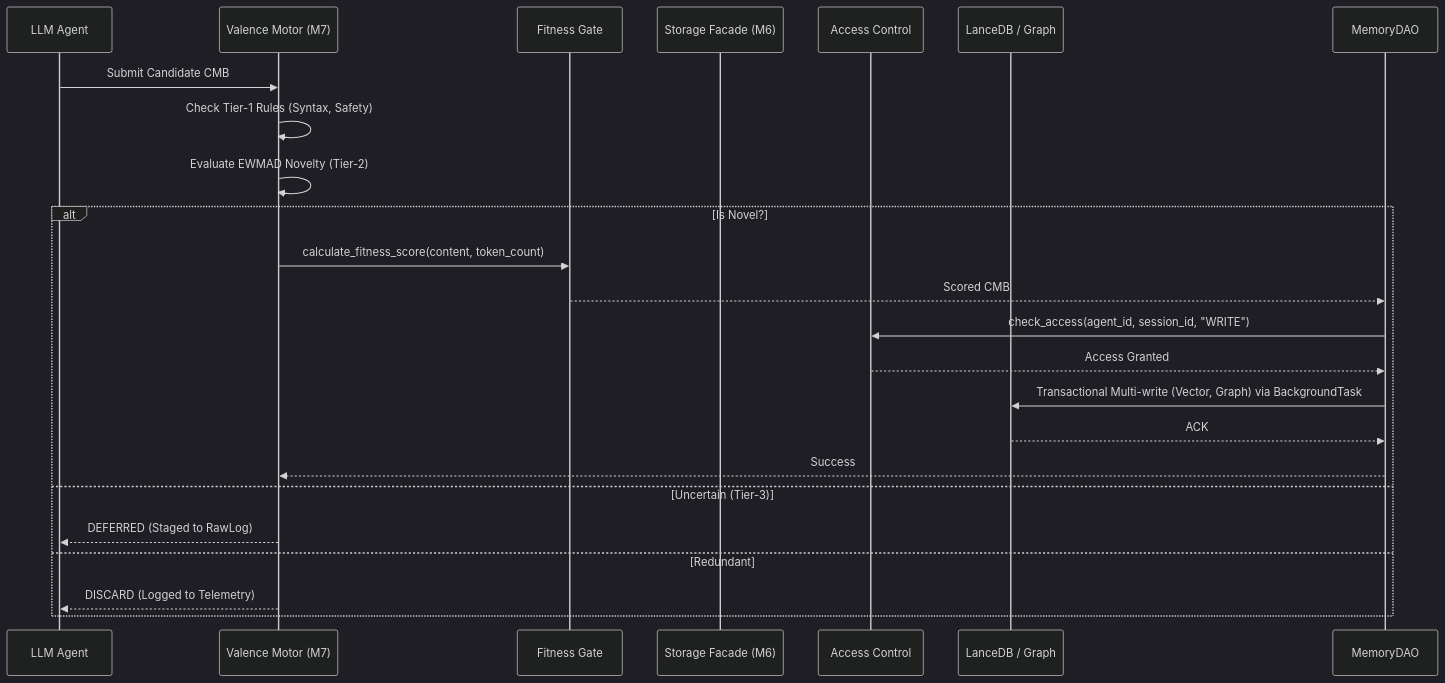
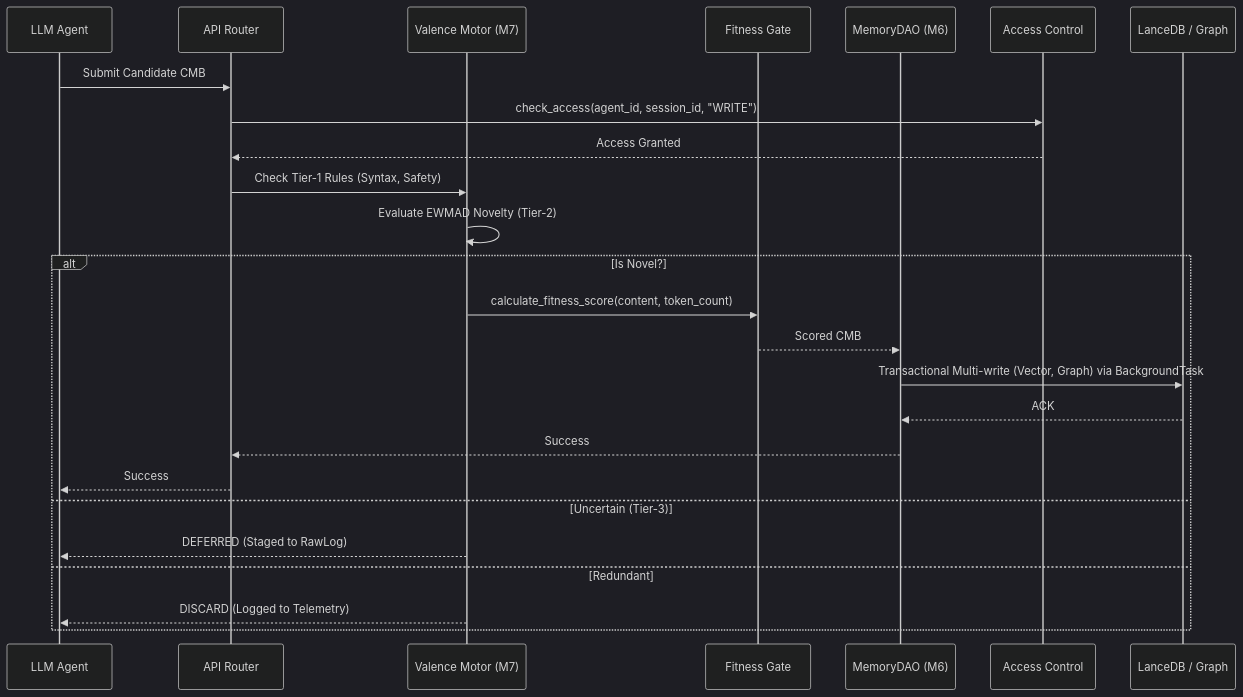
The third of 6 diagrams in ARCHITECTURE.md (Yasou13/MESA), drawn with Mermaid (dark theme) before and after one commit. The commit also changed other lines of this file and 53 other files, not shown here.

First line of the commit message:
chore(audit): resolve 49 security, architecture, and performance findings for MESA v0.6.0

````diff
--- a/ARCHITECTURE.md
+++ b/ARCHITECTURE.md
@@ -244,26 +244,28 @@
 ```mermaid
 sequenceDiagram
     participant Agent as LLM Agent
+    participant Router as API Router
     participant Valence as Valence Motor (M7)
     participant Fitness as Fitness Gate
-    participant StorageFacade as Storage Facade (M6)
+    participant MemoryDAO as MemoryDAO (M6)
     participant RBAC as Access Control
     participant DB as LanceDB / Graph
 
-    Agent->>Valence: Submit Candidate CMB
-    Valence->>Valence: Check Tier-1 Rules (Syntax, Safety)
+    Agent->>Router: Submit Candidate CMB
+    Router->>RBAC: check_access(agent_id, session_id, "WRITE")
+    RBAC-->>Router: Access Granted
+    Router->>Valence: Check Tier-1 Rules (Syntax, Safety)
     Valence->>Valence: Evaluate EWMAD Novelty (Tier-2)
     alt Is Novel?
         Valence->>Fitness: calculate_fitness_score(content, token_count)
         Fitness-->>MemoryDAO: Scored CMB
-        MemoryDAO->>RBAC: check_access(agent_id, session_id, "WRITE")
-        RBAC-->>MemoryDAO: Access Granted
         MemoryDAO->>DB: Transactional Multi-write (Vector, Graph) via BackgroundTask
         DB-->>MemoryDAO: ACK
-        MemoryDAO-->>Valence: Success
+        MemoryDAO-->>Router: Success
+        Router-->>Agent: Success
     else Uncertain (Tier-3)
         Valence-->>Agent: DEFERRED (Staged to RawLog)
     else Redundant
         Valence-->>Agent: DISCARD (Logged to Telemetry)
     end
 ```
````
